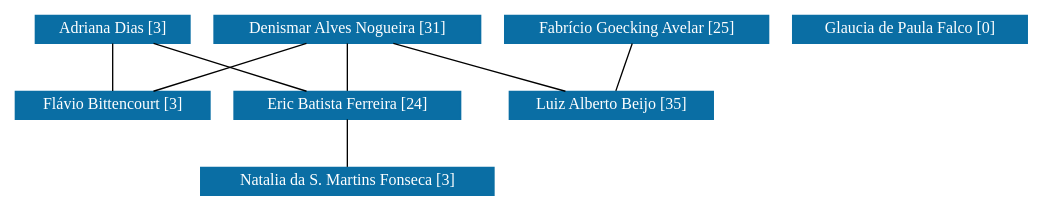
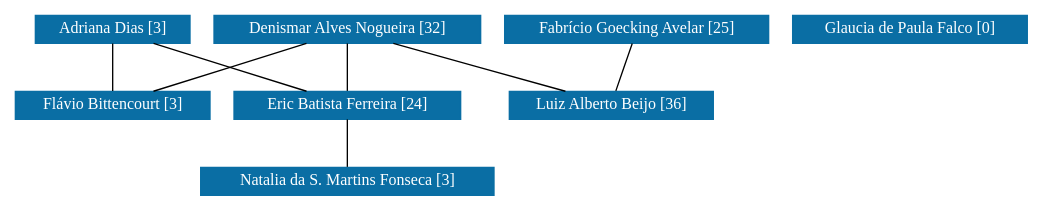
Before and after one commit to icamps/unifal-lattes.github.io: the diagram in de/grafoDeColaboracoesSemPesos.dot, drawn with Graphviz. The commit also changed 878 other files, not shown here.

```diff
--- a/de/grafoDeColaboracoesSemPesos.dot
+++ b/de/grafoDeColaboracoesSemPesos.dot
@@ -1,74 +1,74 @@
 strict graph grafo1 {
 	graph [bb="0,0,625.5,135",
 		id=grafo1,
 		overlap=False
 	];
 	node [fontsize=12,
 		label="\N",
 		shape=rectangle,
 		style=filled
 	];
 	0	 [URL="membro-9808310940421979.html",
 		color="#0A6EA4",
 		fontcolor="#FFFFFF",
 		height=0.29167,
 		label="Adriana Dias [3]",
 		pos="59.5,124.5",
 		width=1.3333];
 	2	 [URL="membro-9965398009651936.html",
 		color="#0A6EA4",
 		fontcolor="#FFFFFF",
 		height=0.29167,
 		label="Eric Batista Ferreira [24]",
 		pos="205.5,67.5",
 		width=1.8889];
 	0 -- 2	 [pos="86.619,113.91 112.84,103.67 152.35,88.25 178.53,78.031"];
 	4	 [URL="membro-6581499944728910.html",
 		color="#0A6EA4",
 		fontcolor="#FFFFFF",
 		height=0.29167,
 		label="Flávio Bittencourt [3]",
 		pos="59.5,67.5",
 		width=1.6528];
 	0 -- 4	 [pos="59.5,113.78 59.5,103.59 59.5,88.348 59.5,78.173"];
 	7	 [URL="membro-3374954104030940.html",
 		color="#0A6EA4",
 		fontcolor="#FFFFFF",
 		height=0.29167,
 		label="Natalia da S. Martins Fonseca [3]",
 		pos="205.5,10.5",
 		width=2.4444];
 	2 -- 7	 [pos="205.5,56.779 205.5,46.588 205.5,31.348 205.5,21.173"];
 	1	 [URL="membro-3858924778362309.html",
 		color="#0A6EA4",
 		fontcolor="#FFFFFF",
 		height=0.29167,
-		label="Denismar Alves Nogueira [31]",
+		label="Denismar Alves Nogueira [32]",
 		pos="206.5,124.5",
 		width=2.2361];
 	1 -- 2	 [pos="206.31,113.78 206.13,103.59 205.87,88.348 205.69,78.173"];
 	1 -- 4	 [pos="179.19,113.91 152.79,103.67 113.01,88.25 86.659,78.031"];
 	6	 [URL="membro-8194104388434526.html",
 		color="#0A6EA4",
 		fontcolor="#FFFFFF",
 		height=0.29167,
-		label="Luiz Alberto Beijo [35]",
+		label="Luiz Alberto Beijo [36]",
 		pos="370.5,67.5",
 		width=1.7778];
 	1 -- 6	 [pos="236.96,113.91 266.42,103.67 310.8,88.25 340.2,78.031"];
 	3	 [URL="membro-6886514520601172.html",
 		color="#0A6EA4",
 		fontcolor="#FFFFFF",
 		height=0.29167,
 		label="Fabrício Goecking Avelar [25]",
 		pos="385.5,124.5",
 		width=2.2222];
 	3 -- 6	 [pos="382.68,113.78 380,103.59 375.99,88.348 373.31,78.173"];
 	5	 [URL="membro-4404511957654050.html",
 		color="#0A6EA4",
 		fontcolor="#FFFFFF",
 		height=0.29167,
 		label="Glaucia de Paula Falco [0]",
 		pos="554.5,124.5",
 		width=1.9722];
 }
```
